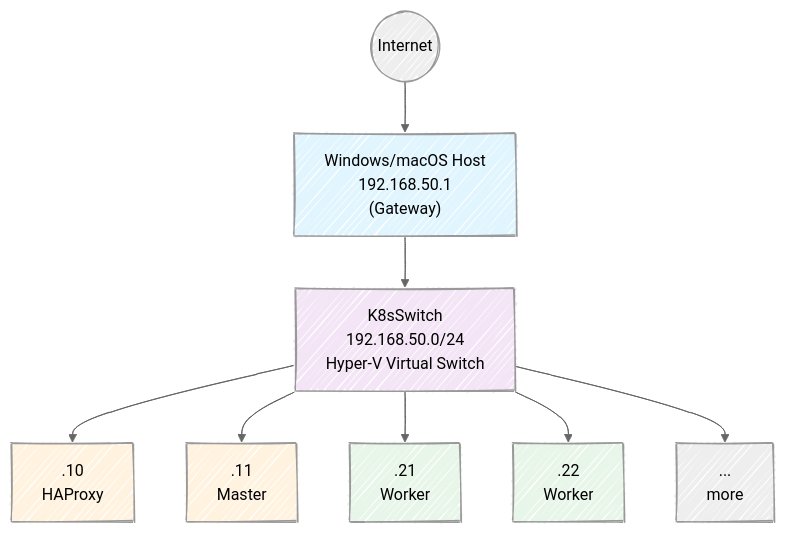
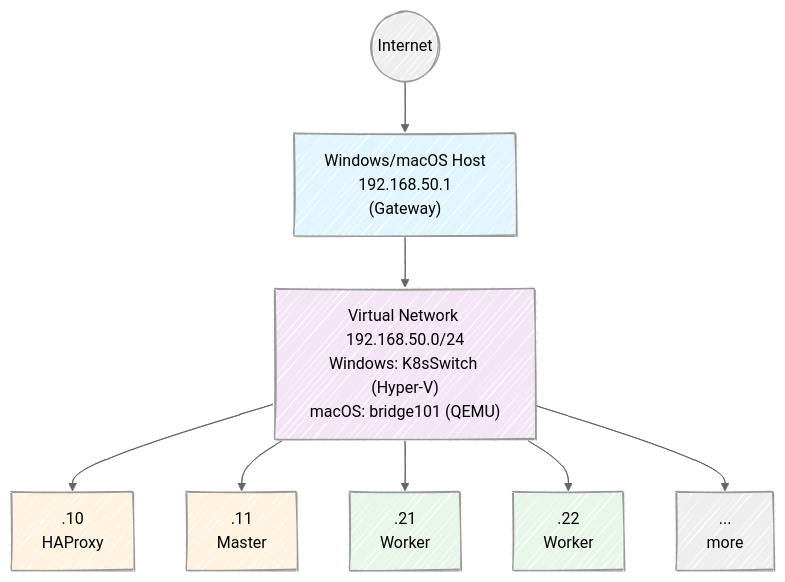
The second of 5 diagrams in local-k8s/docs/k8s-conf.md (kse-bd8338bbe006/lab-env-setup), drawn with Mermaid before and after one commit.

````diff
--- a/local-k8s/docs/k8s-conf.md
+++ b/local-k8s/docs/k8s-conf.md
@@ -123,22 +123,22 @@
 ```mermaid
 %%{init: {"look": "handDrawn", "theme": "neutral"}}%%
 flowchart TB
     Internet((Internet))
     Host["Windows/macOS Host<br/>192.168.50.1<br/>(Gateway)"]
-    Switch["K8sSwitch<br/>192.168.50.0/24<br/>Hyper-V Virtual Switch"]
+    Switch["Virtual Network 192.168.50.0/24<br/>Windows: K8sSwitch (Hyper-V)<br/>macOS: bridge101 (QEMU)"]
 
     Internet --> Host
     Host --> Switch
     Switch --> HAProxy[".10<br/>HAProxy"]
     Switch --> Master[".11<br/>Master"]
     Switch --> W1[".21<br/>Worker"]
     Switch --> W2[".22<br/>Worker"]
     Switch --> WN["...<br/>more"]
 
     style Host fill:#e1f5fe
     style Switch fill:#f3e5f5
     style HAProxy fill:#fff3e0
     style Master fill:#fff3e0
     style W1 fill:#e8f5e9
     style W2 fill:#e8f5e9
 ```
````
